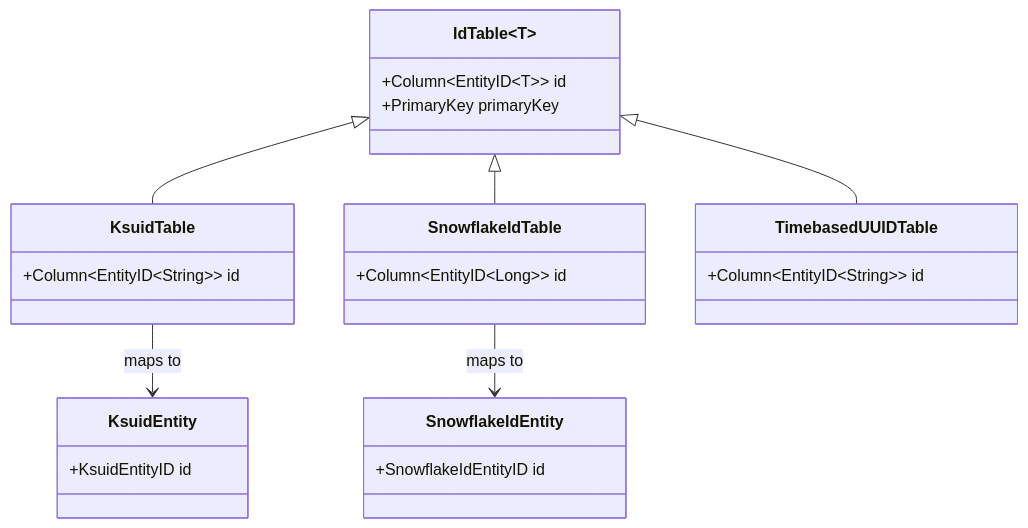
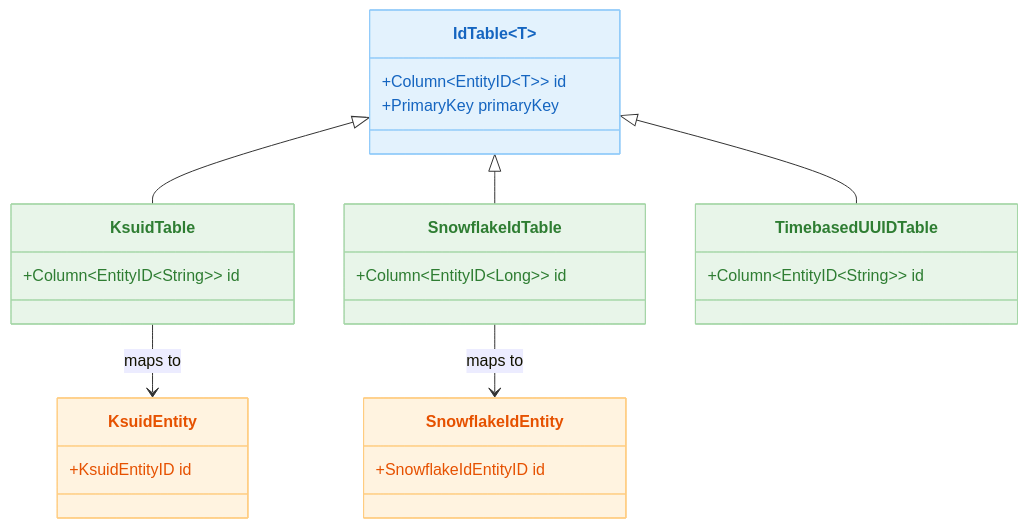
The first of 2 diagrams in 06-advanced/07-custom-entities/README.md (bluetape4k/exposed-workshop), drawn with Mermaid before and after one commit. The commit also changed other lines of this file and 56 other files, not shown here.

First line of the commit message:
docs: 전체 README mermaid 다이어그램에 파스텔 톤 색상 적용

````diff
--- a/06-advanced/07-custom-entities/README.md
+++ b/06-advanced/07-custom-entities/README.md
@@ -36,28 +36,35 @@
 ```mermaid
 classDiagram
     class IdTable~T~ {
         +Column~EntityID~T~~ id
         +PrimaryKey primaryKey
     }
     class KsuidTable {
         +Column~EntityID~String~~ id
     }
     class SnowflakeIdTable {
         +Column~EntityID~Long~~ id
     }
     class TimebasedUUIDTable {
         +Column~EntityID~String~~ id
     }
     class KsuidEntity {
         +KsuidEntityID id
     }
     class SnowflakeIdEntity {
         +SnowflakeIdEntityID id
     }
 
     IdTable <|-- KsuidTable
     IdTable <|-- SnowflakeIdTable
     IdTable <|-- TimebasedUUIDTable
     KsuidTable --> KsuidEntity: maps to
     SnowflakeIdTable --> SnowflakeIdEntity: maps to
+
+    style IdTable fill:#E3F2FD,stroke:#90CAF9,color:#1565C0
+    style KsuidTable fill:#E8F5E9,stroke:#A5D6A7,color:#2E7D32
+    style SnowflakeIdTable fill:#E8F5E9,stroke:#A5D6A7,color:#2E7D32
+    style TimebasedUUIDTable fill:#E8F5E9,stroke:#A5D6A7,color:#2E7D32
+    style KsuidEntity fill:#FFF3E0,stroke:#FFCC80,color:#E65100
+    style SnowflakeIdEntity fill:#FFF3E0,stroke:#FFCC80,color:#E65100
 ```
````
